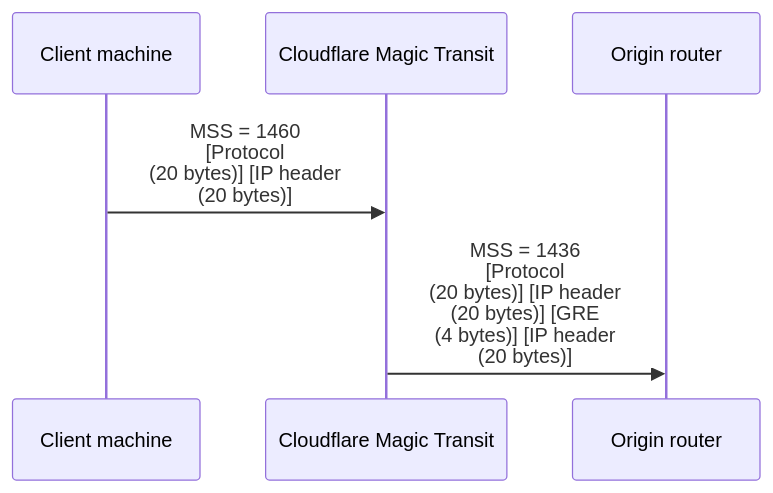
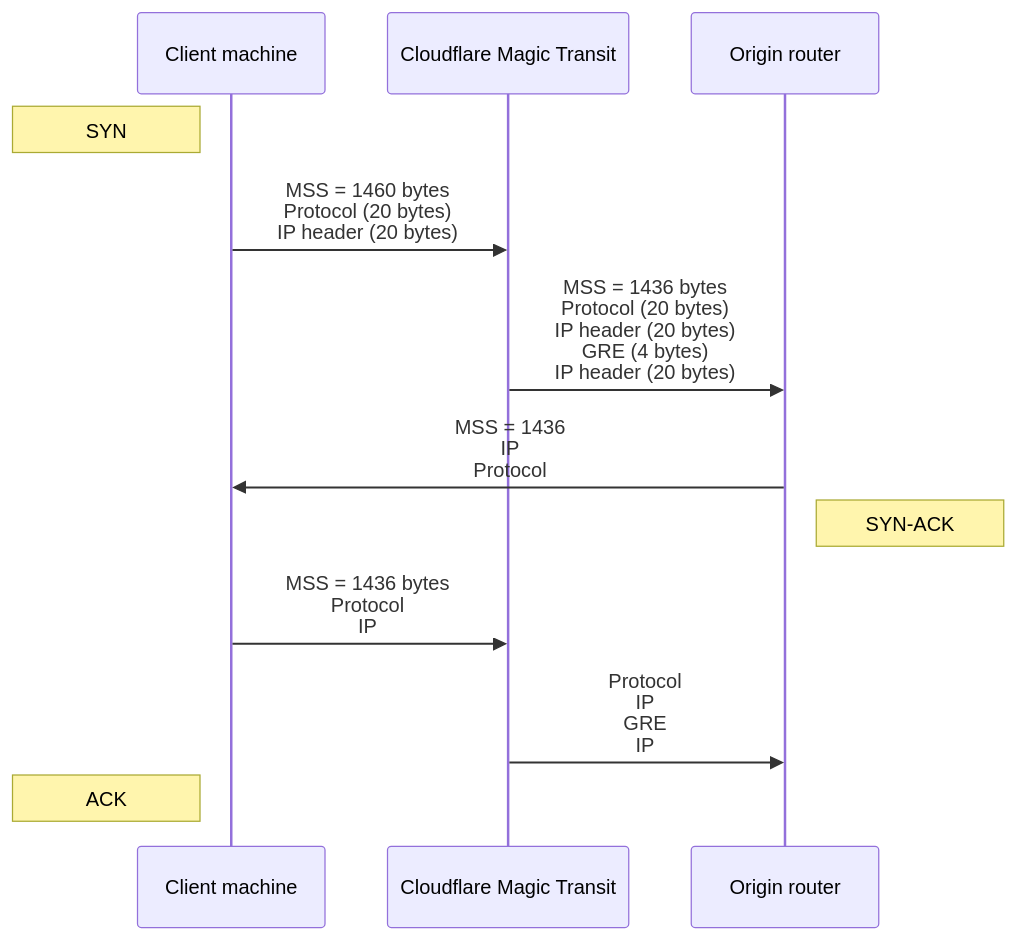
The diagram in content/magic-transit/prerequisites.md (cloudflare/cloudflare-docs), drawn with Mermaid before and after one commit. The commit also changed other lines of this file, not shown here.

Commit message:
added mermaid chart removed extra stuff from partial

````diff
--- a/content/magic-transit/prerequisites.md
+++ b/content/magic-transit/prerequisites.md
@@ -47,10 +49,14 @@
 ```mermaid
 sequenceDiagram
 participant A as Client machine
 participant B as Cloudflare Magic Transit
 participant C as Origin router
-A->>B: MSS = 1460 <br> [Protocol <br> (20 bytes)] [IP header <br> (20 bytes)]
-B->>C: MSS = 1436 <br> [Protocol <br> (20 bytes)] [IP header <br> (20 bytes)] [GRE <br> (4 bytes)] [IP header <br> (20 bytes)]
-
-
+Note left of A: SYN
+A->>B: MSS = 1460 bytes <br> Protocol (20 bytes) <br> IP header (20 bytes)
+B->>C: MSS = 1436 bytes <br> Protocol (20 bytes) <br> IP header (20 bytes) <br> GRE (4 bytes) <br> IP header (20 bytes)
+C->>A: MSS = 1436 <br> IP <br> Protocol
+Note right of C: SYN-ACK
+A->>B: MSS = 1436 bytes <br> Protocol <br> IP
+B->>C: Protocol <br> IP <br> GRE <br> IP
+Note left of A: ACK
 ```
````
